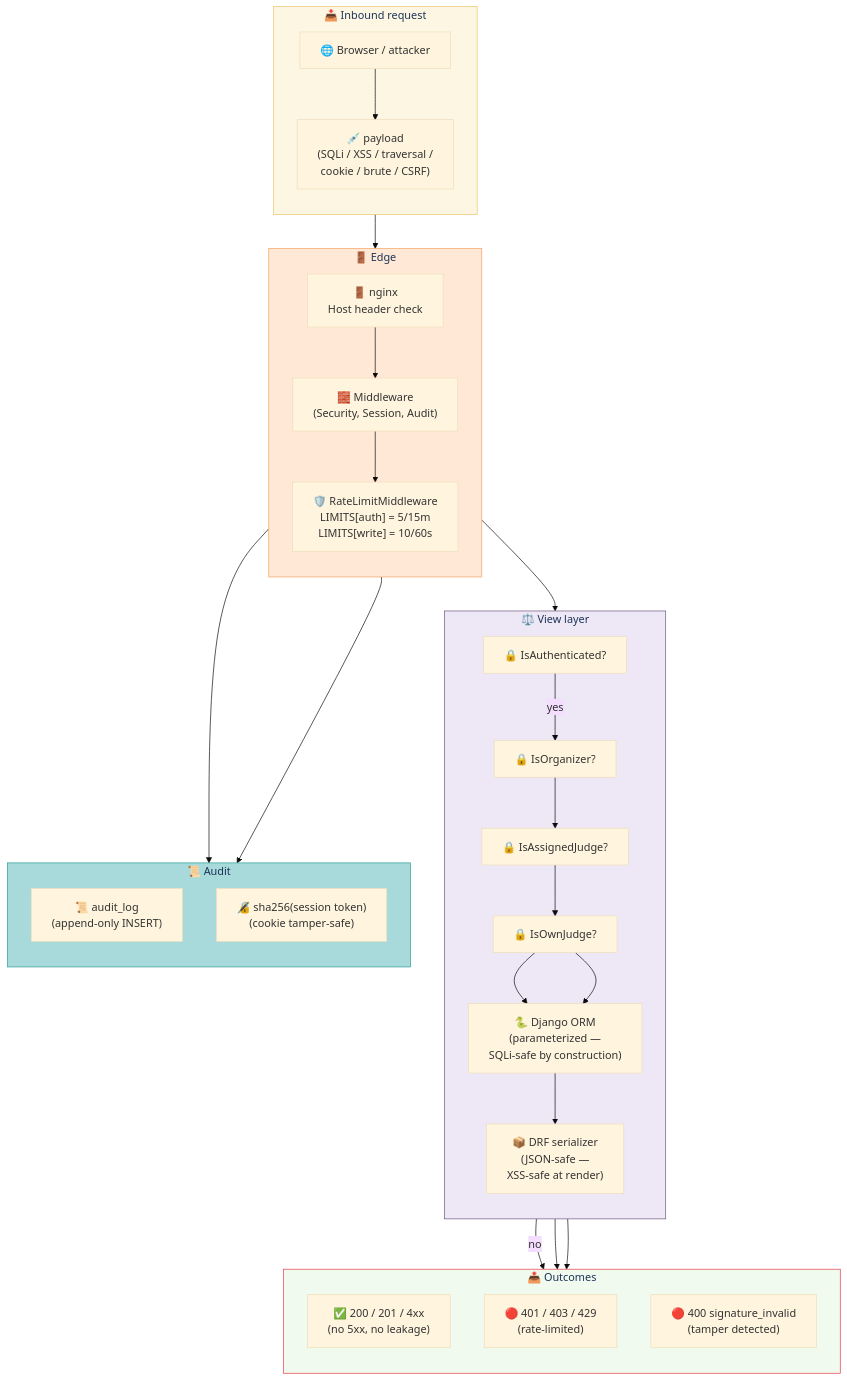
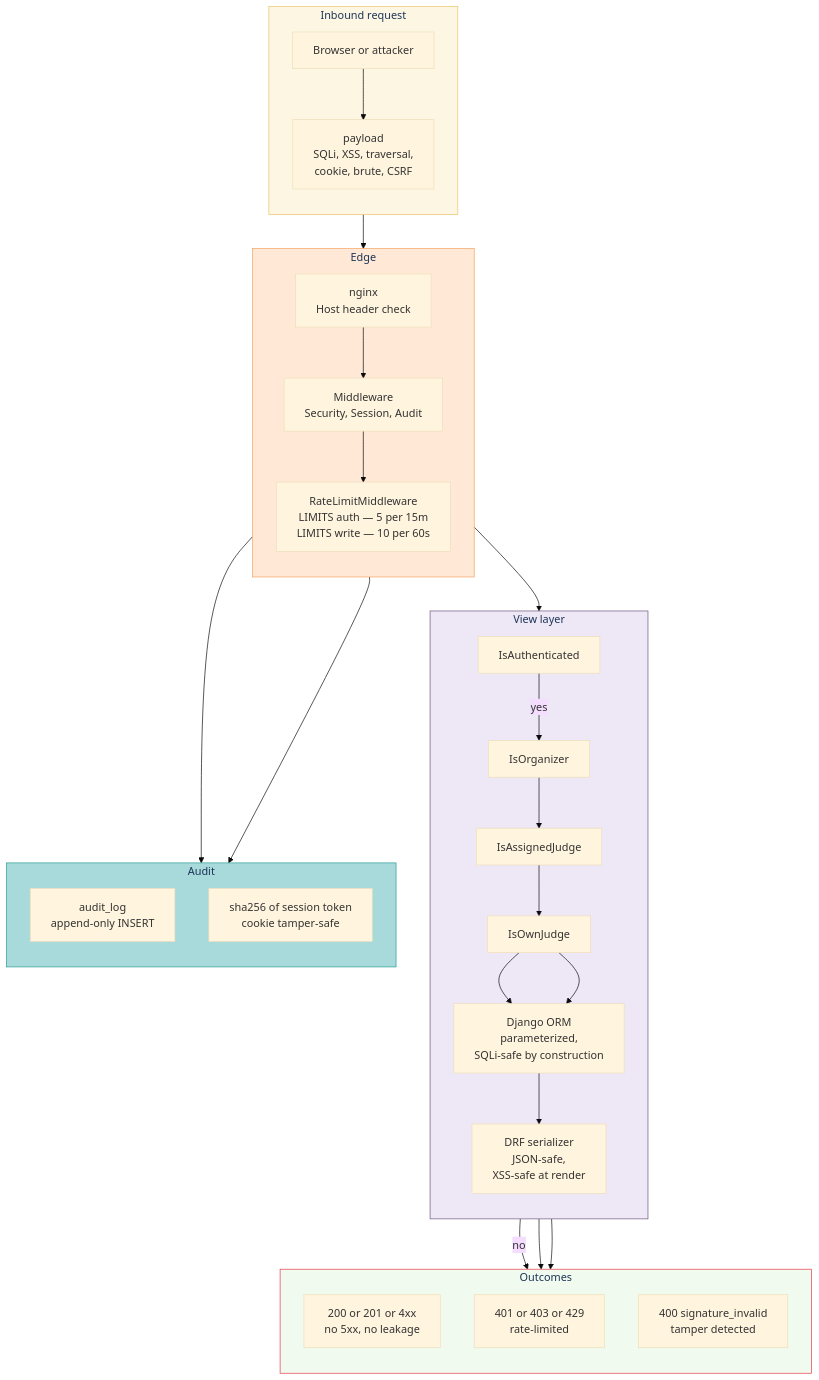
One commit to choksi2212/dogfood-hackathon changed the diagram in docs/TESTING-SECURITY.md. Above: the diagram before and after it, drawn with Mermaid (base theme). The commit also changed 20 other files, not shown here.

First line of the commit message:
Fix mermaid parse errors across 21 docs

````diff
--- a/docs/TESTING-SECURITY.md
+++ b/docs/TESTING-SECURITY.md
@@ -25,53 +25,53 @@
 ```mermaid
 flowchart TB
-    subgraph IN["📥 Inbound request"]
+    subgraph IN["Inbound request"]
         direction TB
-        REQ["🌐 Browser / attacker"]
-        PAY["💉 payload<br/>(SQLi / XSS / traversal /<br/>cookie / brute / CSRF)"]
+        REQ["Browser or attacker"]
+        PAY["payload<br/>SQLi, XSS, traversal,<br/>cookie, brute, CSRF"]
     end
 
-    subgraph E["🚪 Edge"]
+    subgraph E["Edge"]
         direction TB
-        NG["🚪 nginx<br/>Host header check"]
-        MW["🧱 Middleware<br/>(Security, Session, Audit)"]
-        RL["🛡️ RateLimitMiddleware<br/>LIMITS[auth] = 5/15m<br/>LIMITS[write] = 10/60s"]
+        NG["nginx<br/>Host header check"]
+        MW["Middleware<br/>Security, Session, Audit"]
+        RL["RateLimitMiddleware<br/>LIMITS auth — 5 per 15m<br/>LIMITS write — 10 per 60s"]
     end
 
-    subgraph V["⚖️ View layer"]
+    subgraph V["View layer"]
         direction TB
-        P1["🔒 IsAuthenticated?"]
-        P2["🔒 IsOrganizer?"]
-        P3["🔒 IsAssignedJudge?"]
-        P4["🔒 IsOwnJudge?"]
-        ORM["🐍 Django ORM<br/>(parameterized —<br/>SQLi-safe by construction)"]
-        SER["📦 DRF serializer<br/>(JSON-safe —<br/>XSS-safe at render)"]
+        P1["IsAuthenticated"]
+        P2["IsOrganizer"]
+        P3["IsAssignedJudge"]
+        P4["IsOwnJudge"]
+        ORM["Django ORM<br/>parameterized,<br/>SQLi-safe by construction"]
+        SER["DRF serializer<br/>JSON-safe,<br/>XSS-safe at render"]
     end
 
-    subgraph A["📜 Audit"]
+    subgraph A["Audit"]
         direction TB
-        LOG["📜 audit_log<br/>(append-only INSERT)"]
-        TOK["🔏 sha256(session token)<br/>(cookie tamper-safe)"]
+        LOG["audit_log<br/>append-only INSERT"]
+        TOK["sha256 of session token<br/>cookie tamper-safe"]
     end
 
-    subgraph OUT["📤 Outcomes"]
+    subgraph OUT["Outcomes"]
         direction TB
-        OK["✅ 200 / 201 / 4xx<br/>(no 5xx, no leakage)"]
-        BLOCK["🔴 401 / 403 / 429<br/>(rate-limited)"]
-        FAIL["🔴 400 signature_invalid<br/>(tamper detected)"]
+        OK["200 or 201 or 4xx<br/>no 5xx, no leakage"]
+        BLOCK["401 or 403 or 429<br/>rate-limited"]
+        FAIL["400 signature_invalid<br/>tamper detected"]
     end
 
     REQ --> PAY --> NG --> MW
     MW --> RL --> P1
     P1 -->|no| BLOCK
     P1 -->|yes| P2 --> P3 --> P4
     P4 --> ORM --> SER --> OK
     P4 --> ORM --> FAIL
     MW --> LOG
     MW --> TOK
 
     style IN fill:#FDF6E3,stroke:#E9C46A,color:#1D3557
     style E fill:#FFE8D6,stroke:#F4A261,color:#1D3557
     style V fill:#EDE7F6,stroke:#6C567B,color:#1D3557
     style A fill:#A8DADC,stroke:#2A9D8F,color:#1D3557
     style OUT fill:#F1FAEE,stroke:#E63946,color:#1D3557
 ```
````
